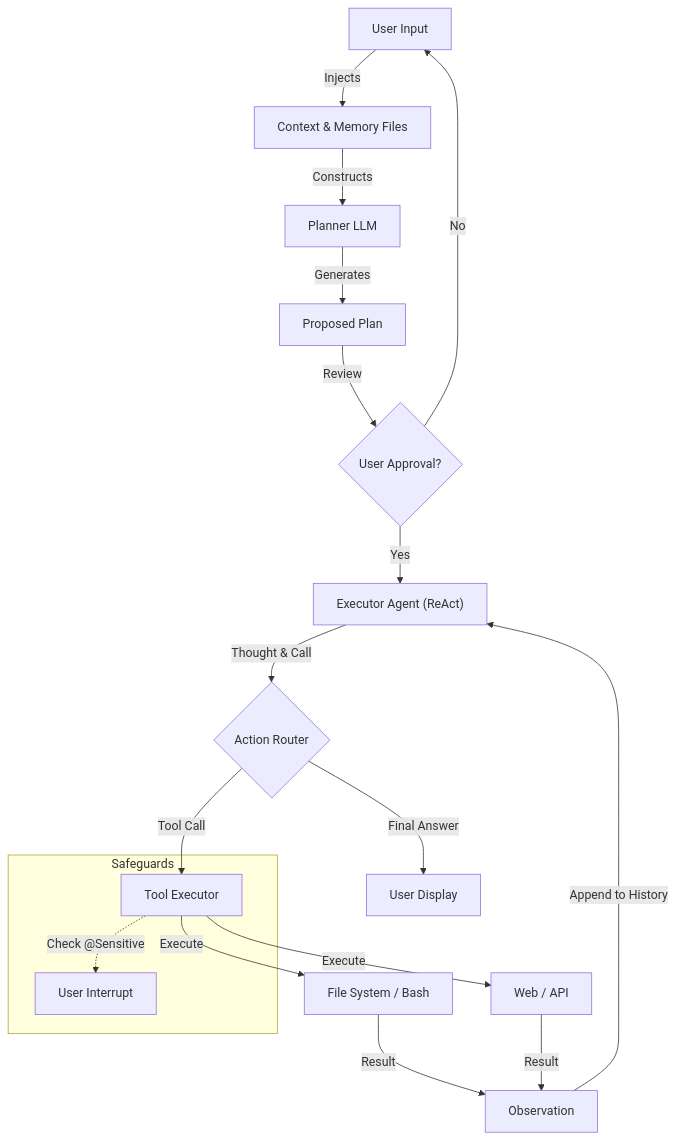
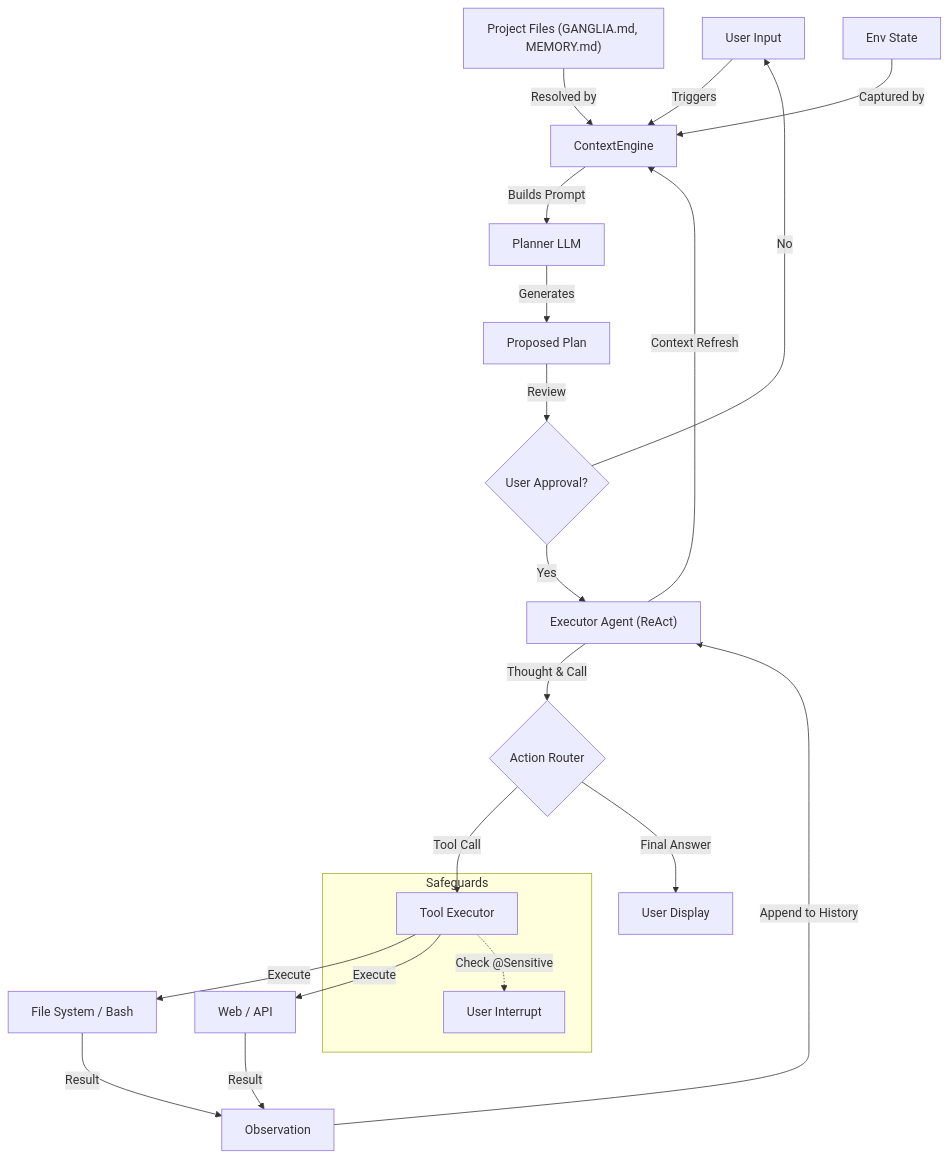
One commit to stream-iori/ganglia changed the diagram in docs/ARCHITECTURE.md. Above: the diagram before and after it, drawn with Mermaid. The commit also changed other lines of this file and 110 other files, not shown here.

First line of the commit message:
refactor: restructure into multi-module project and implement ContextEngine (Phase 13)

````diff
--- a/docs/ARCHITECTURE.md
+++ b/docs/ARCHITECTURE.md
@@ -100,28 +109,32 @@
 ```mermaid
 graph TD
-    User["User Input"] -->|Injects| Context["Context & Memory Files"]
-    Context -->|Constructs| Planner["Planner LLM"]
+    User["User Input"] -->|Triggers| Engine["ContextEngine"]
+    Files["Project Files (GANGLIA.md, MEMORY.md)"] -->|Resolved by| Engine
+    Env["Env State"] -->|Captured by| Engine
+
+    Engine -->|Builds Prompt| Planner["Planner LLM"]
 
     Planner -->|Generates| Plan["Proposed Plan"]
     Plan -->|Review| UserApprove{"User Approval?"}
 
     UserApprove -->|No| User
     UserApprove -->|Yes| Executor["Executor Agent (ReAct)"]
 
+    Executor -->|Context Refresh| Engine
     Executor -->|Thought & Call| Router{"Action Router"}
 
     Router -->|Tool Call| ToolExecutor["Tool Executor"]
     Router -->|Final Answer| UserOutput["User Display"]
 
     ToolExecutor -->|Execute| FS["File System / Bash"]
     ToolExecutor -->|Execute| Web["Web / API"]
 
     FS -->|Result| Obs["Observation"]
     Web -->|Result| Obs
 
     Obs -->|Append to History| Executor
 
     subgraph SG["Safeguards"]
         ToolExecutor -.->|Check @Sensitive| Interrupt["User Interrupt"]
     end
 ```
````
